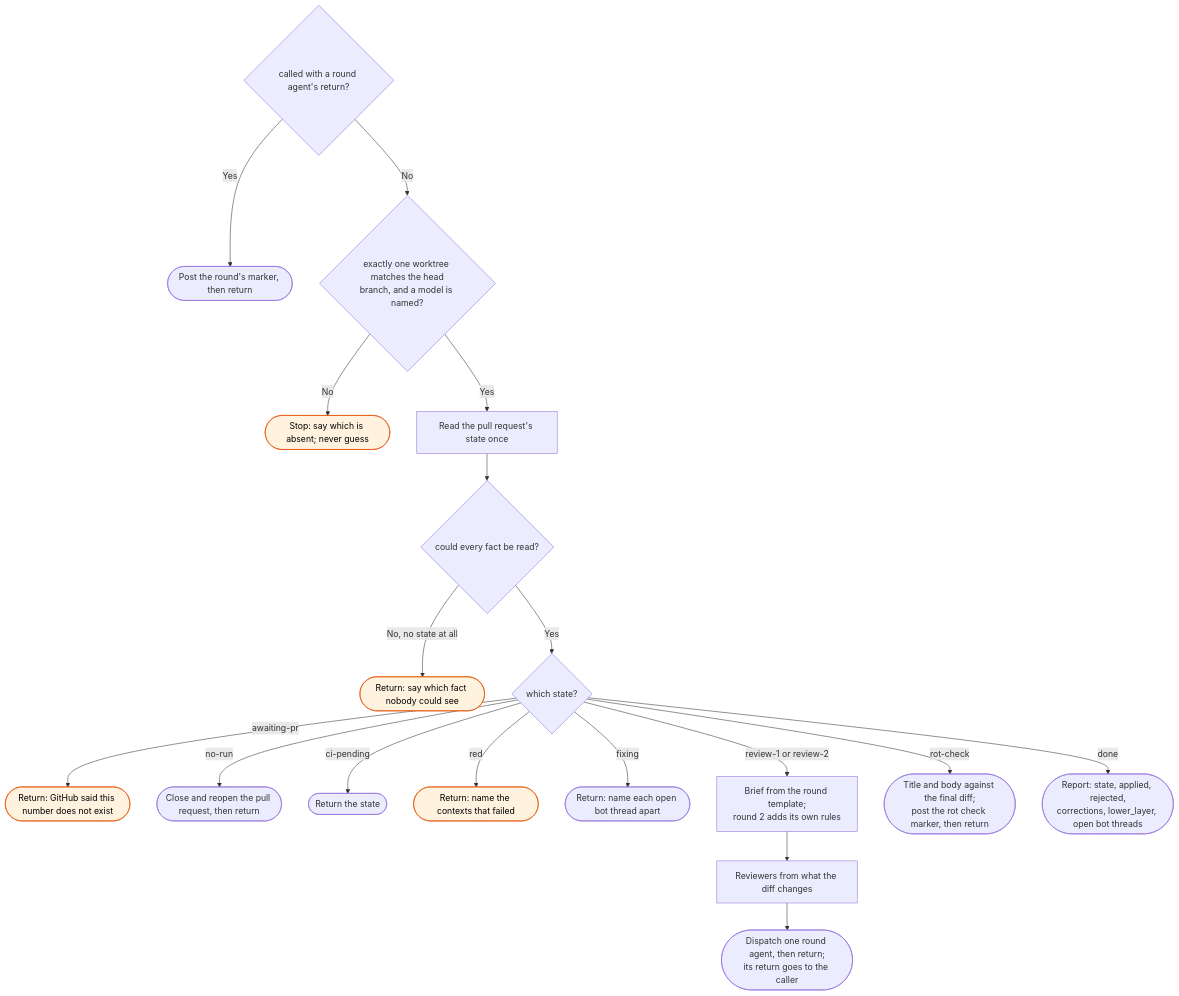
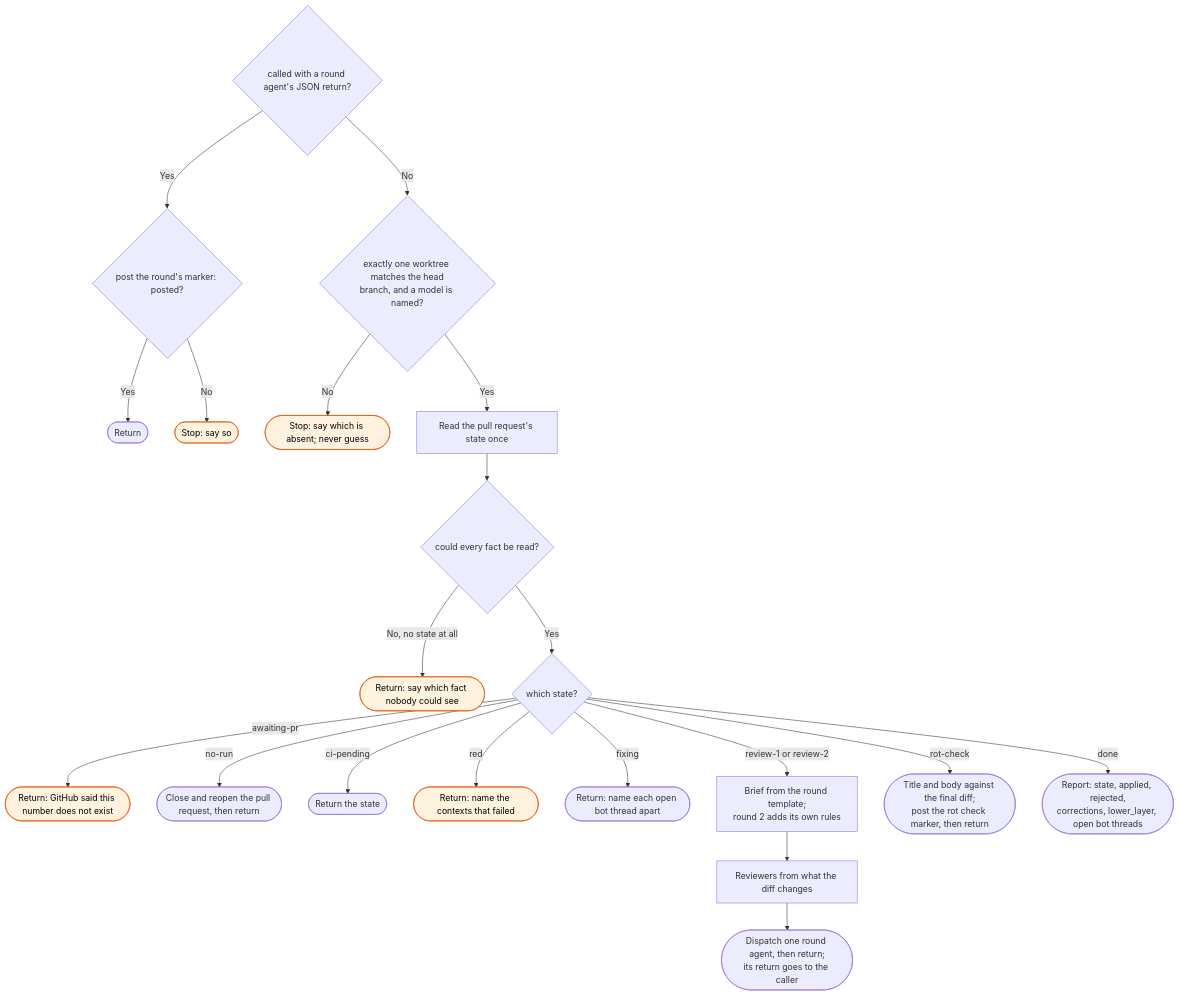
Before and after one commit to bje-settings/claude: the diagram in docs/flows/workstreams/review/_skill-flow.md, drawn with Mermaid. The commit also changed 4 other files, not shown here.

Commit message:
docs(workstreams): a marker is an exact first line; a bad marker set, a lost marker or a dirty checkout is a stop

````diff
--- a/docs/flows/workstreams/review/_skill-flow.md
+++ b/docs/flows/workstreams/review/_skill-flow.md
@@ -15,27 +15,29 @@
 ```mermaid
 flowchart TD
-    R0{called with a round agent's return?}
-    R0 -->|Yes| R1([Post the round's marker, then return])
+    R0{called with a round agent's JSON return?}
+    R0 -->|Yes| R2{post the round's marker: posted?}
+    R2 -->|Yes| R1([Return])
+    R2 -->|No| R3([Stop: say so]):::stop
     R0 -->|No| W{exactly one worktree matches the head<br/>branch, and a model is named?}
     W -->|No| W1([Stop: say which is absent; never guess]):::stop
     W -->|Yes| C[Read the pull request's state once]
 
     C --> D{could every fact be read?}
     D -->|No, no state at all| D1([Return: say which fact nobody could see]):::stop
     D -->|Yes| E{which state?}
 
     E -->|awaiting-pr| E1([Return: GitHub said this number does not exist]):::stop
     E -->|no-run| F([Close and reopen the pull request, then return])
     E -->|ci-pending| G([Return the state])
     E -->|red| G1([Return: name the contexts that failed]):::stop
     E -->|fixing| G2([Return: name each open bot thread apart])
 
     E -->|review-1 or review-2| I[Brief from the round template;<br/>round 2 adds its own rules]
     I --> J[Reviewers from what the diff changes]
     J --> K([Dispatch one round agent, then return;<br/>its return goes to the caller])
 
     E -->|rot-check| Q([Title and body against the final diff;<br/>post the rot check marker, then return])
     E -->|done| S([Report: state, applied, rejected,<br/>corrections, lower_layer, open bot threads])
 
     classDef stop fill:#fff3e0,stroke:#e65100,color:#000
 ```
````
